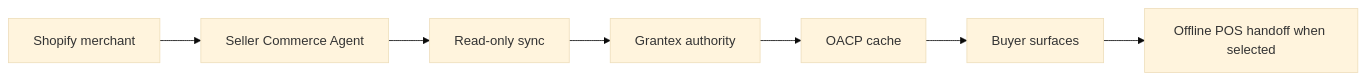
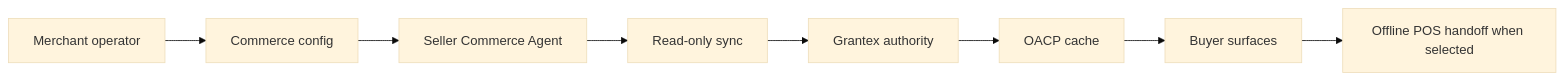
Before and after one commit to mishrasanjeev/agentic-org: the diagram in docs/oacp/explainers/shopify-to-agentic-commerce.md, drawn with Mermaid (base theme). The commit also changed other lines of this file and 44 other files, not shown here.

First line of the commit message:
Add merchant self-service OACP config (#878)

````diff
--- a/docs/oacp/explainers/shopify-to-agentic-commerce.md
+++ b/docs/oacp/explainers/shopify-to-agentic-commerce.md
@@ -15,9 +16,10 @@
 ```mermaid
 flowchart LR
-  merchant[Shopify merchant] --> seller[Seller Commerce Agent]
+  merchant[Merchant operator] --> config[Commerce config]
+  config --> seller[Seller Commerce Agent]
   seller --> sync[Read-only sync]
   sync --> grantex[Grantex authority]
   grantex --> cache[OACP cache]
   cache --> buyers[Buyer surfaces]
   buyers --> pos[Offline POS handoff when selected]
 ```
````
